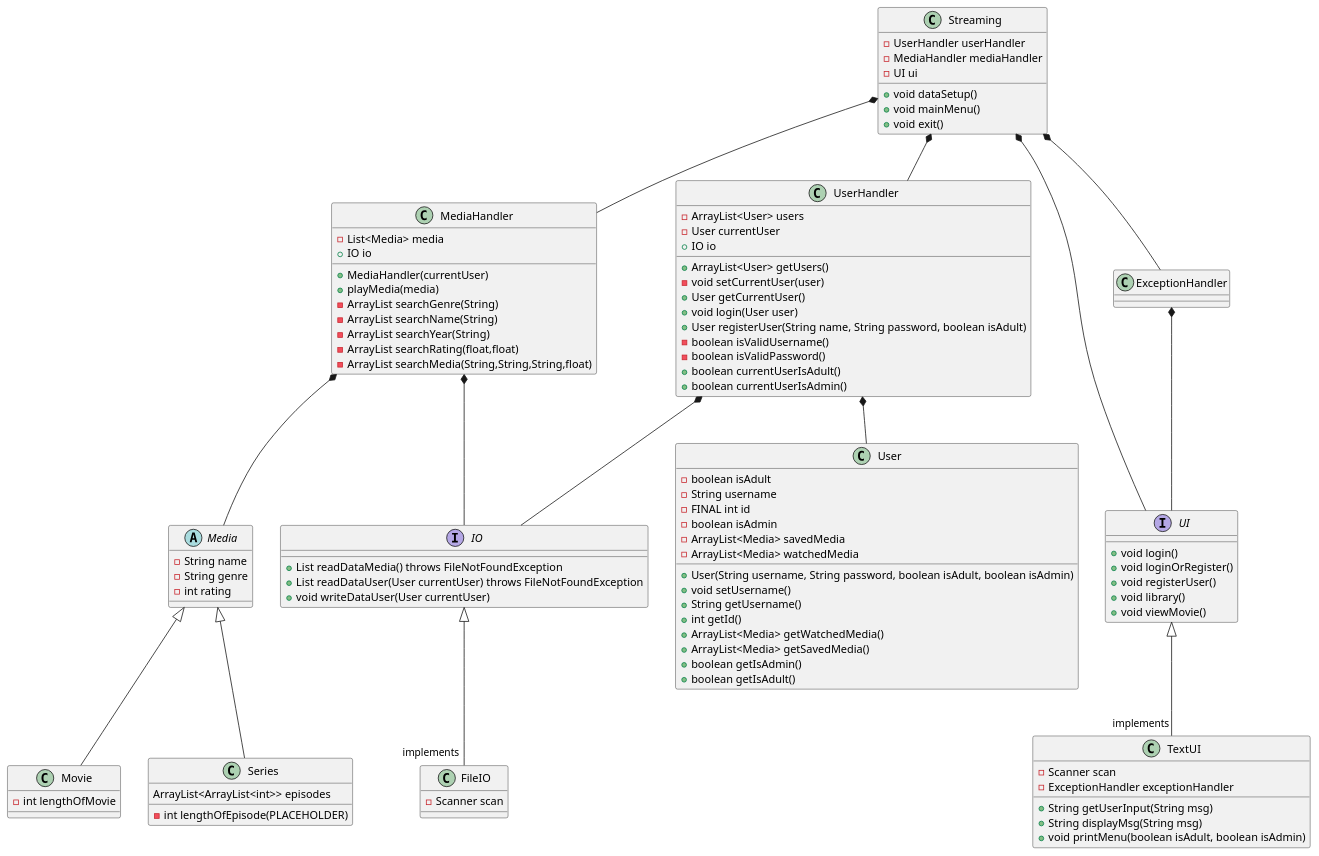
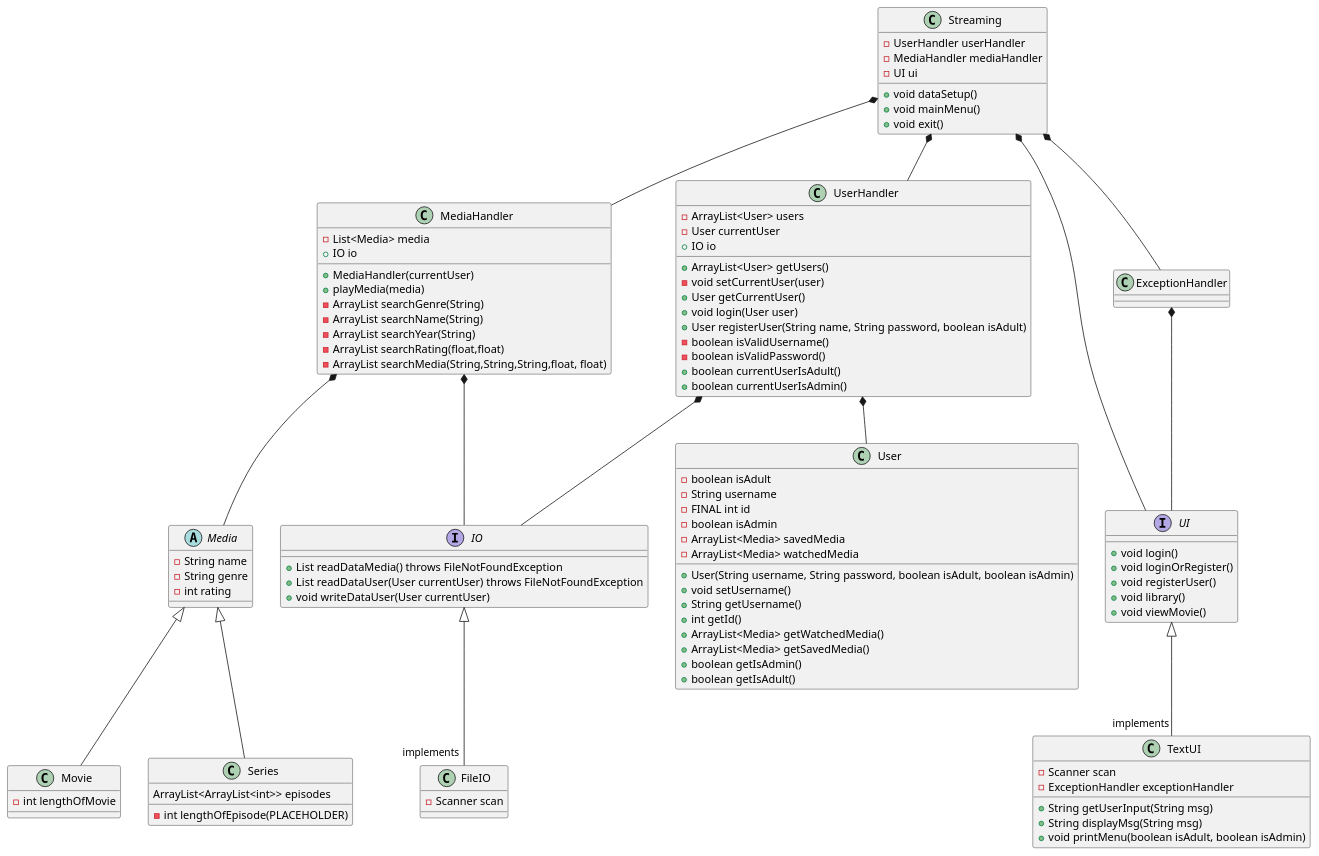
One commit to Ghostz-Games/SP3---Streamingtjeneste---Gruppe-B---2023 changed the diagram in SP3 - Streaming Tjeneste/Documentation/ClassDiagram.puml. Above: the diagram before and after it, drawn with PlantUML. The commit also changed 5 other files, not shown here.

```diff
--- a/SP3 - Streaming Tjeneste/Documentation/ClassDiagram.puml
+++ b/SP3 - Streaming Tjeneste/Documentation/ClassDiagram.puml
@@ -1,115 +1,115 @@
 @startuml
 'https://plantuml.com/class-diagram
 
 class Streaming
 class MediaHandler
 abstract class Media
 class Movie
 class Series
 class UserHandler
 class FileIO
 interface IO
 interface UI
 class TextUI
 class ExceptionHandler
 class User
 
 
 
 Streaming *-- UserHandler
 UserHandler *-- User
 Streaming *-- MediaHandler
 MediaHandler *-- Media
 Media <|--  Movie
 Media <|--  Series
 
 IO <|-- "implements" FileIO
 UI <|-- "implements" TextUI
 ExceptionHandler *-- UI
 Streaming *-- ExceptionHandler
 UserHandler *-- IO
 MediaHandler *-- IO
 '''Streaming *-- IO
 Streaming *-- UI
 
 UserHandler : + ArrayList<User> getUsers()
 UserHandler : - void setCurrentUser(user)
 UserHandler : + User getCurrentUser()
 UserHandler : - ArrayList<User> users
 UserHandler : - User currentUser
 UserHandler : + void login(User user)
 UserHandler : + User registerUser(String name, String password, boolean isAdult)
 UserHandler : - boolean isValidUsername()
 UserHandler : - boolean isValidPassword()
 UserHandler : + boolean currentUserIsAdult()
 UserHandler : + boolean currentUserIsAdmin()
 UserHandler : + IO io
 
 User : - boolean isAdult
 User : - String username
 User : - FINAL int id
 User : - boolean isAdmin
 User : - ArrayList<Media> savedMedia
 User : - ArrayList<Media> watchedMedia
 User : + User(String username, String password, boolean isAdult, boolean isAdmin)
 User : + void setUsername()
 User : + String getUsername()
 User : + int getId()
 User : + ArrayList<Media> getWatchedMedia()
 User : + ArrayList<Media> getSavedMedia()
 User : + boolean getIsAdmin()
 User : + boolean getIsAdult()
 
 MediaHandler : +MediaHandler(currentUser)
 MediaHandler : - List<Media> media
 MediaHandler : + playMedia(media)
 MediaHandler : + IO io
 
 
 Streaming : - UserHandler userHandler
 Streaming : - MediaHandler mediaHandler
 Streaming : - UI ui
 '''Streaming : - IO io
 Streaming : + void dataSetup()
 Streaming : + void mainMenu()
 Streaming : + void exit()
 
 TextUI : - Scanner scan
 TextUI : + String getUserInput(String msg)
 TextUI : + String displayMsg(String msg)
 TextUI : + void printMenu(boolean isAdult, boolean isAdmin)
 TextUI : - ExceptionHandler exceptionHandler
 
 
 IO : + List readDataMedia() throws FileNotFoundException
 IO : + List readDataUser(User currentUser) throws FileNotFoundException
 IO : + void writeDataUser(User currentUser)
 
 UI : + void login()
 UI : + void loginOrRegister()
 UI : + void registerUser()
 UI : + void library()
 UI : + void viewMovie()
 
 FileIO : - Scanner scan
 
 
 MediaHandler : - ArrayList searchGenre(String)
 MediaHandler : - ArrayList searchName(String)
 MediaHandler : - ArrayList searchYear(String)
 MediaHandler : - ArrayList searchRating(float,float)
-MediaHandler : - ArrayList searchMedia(String,String,String,float)
+MediaHandler : - ArrayList searchMedia(String,String,String,float, float)
 
 Media : - String name
 Media : - String genre
 Media : - int rating
 
 Series : ArrayList<ArrayList<int>> episodes
 
 Movie : - int lengthOfMovie
 
 Series : - int lengthOfEpisode(PLACEHOLDER)
 
 
 
 @enduml
```
